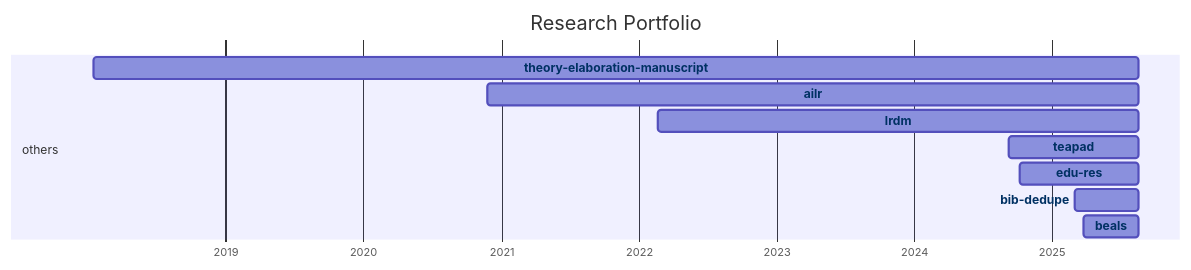
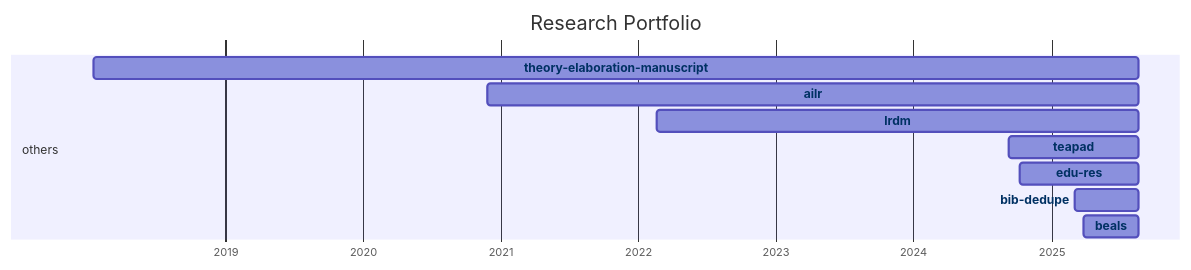
The diagram in docs/20-research/25-projects-gantt.md (digital-work-lab/handbook), drawn with Mermaid before and after one commit. The commit also changed 2 other files, not shown here.

Commit message:
Update repository overview

````diff
--- a/docs/20-research/25-projects-gantt.md
+++ b/docs/20-research/25-projects-gantt.md
@@ -8,33 +8,33 @@
 ```mermaid
 ---
 displayMode: compact
 ---
 gantt
 title Research Portfolio
 dateFormat YYYY-MM-DD
 axisFormat %Y
 
     section work_practices
 
     section distributed_organizing
 
     section knowledge_synthesis
 
     section others
-        beals :beals, 2025-03-28, 2025-08-20
-        bib-dedupe :bib-dedupe, 2025-03-04, 2025-08-20
-        edu-res :edu-res, 2024-10-10, 2025-08-20
-        teapad :teapad, 2024-09-10, 2025-08-20
-        lrdm :lrdm, 2022-02-20, 2025-08-20
-        ailr :ailr, 2020-11-26, 2025-08-20
-        theory-elaboration-manuscript :theory-elaboration-manuscript, 2018-01-15, 2025-08-20
+        beals :beals, 2025-03-28, 2025-08-21
+        bib-dedupe :bib-dedupe, 2025-03-04, 2025-08-21
+        edu-res :edu-res, 2024-10-10, 2025-08-21
+        teapad :teapad, 2024-09-10, 2025-08-21
+        lrdm :lrdm, 2022-02-20, 2025-08-21
+        ailr :ailr, 2020-11-26, 2025-08-21
+        theory-elaboration-manuscript :theory-elaboration-manuscript, 2018-01-15, 2025-08-21
 
 
     click beals href "{{ site.baseurl }}/docs/10-lab/18-resources/beals.html"
     click bib-dedupe href "{{ site.baseurl }}/docs/10-lab/18-resources/bib-dedupe.html"
     click edu-res href "{{ site.baseurl }}/docs/10-lab/18-resources/edu-res.html"
     click teapad href "{{ site.baseurl }}/docs/10-lab/18-resources/teapad.html"
     click lrdm href "{{ site.baseurl }}/docs/10-lab/18-resources/lrdm.html"
     click ailr href "{{ site.baseurl }}/docs/10-lab/18-resources/ailr.html"
     click theory-elaboration-manuscript href "{{ site.baseurl }}/docs/10-lab/18-resources/theory-elaboration-manuscript.html"
 ```
````
